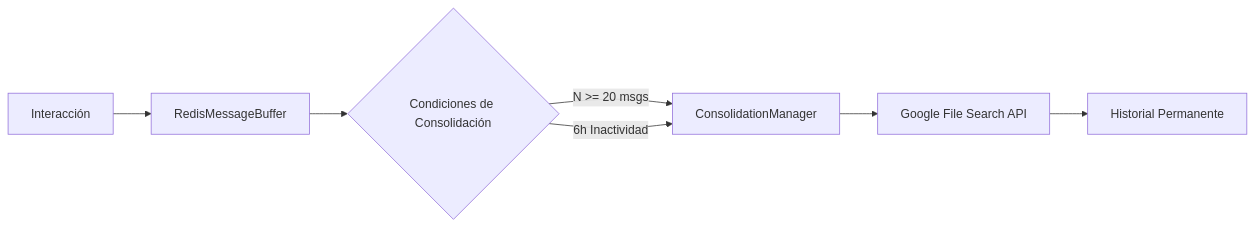
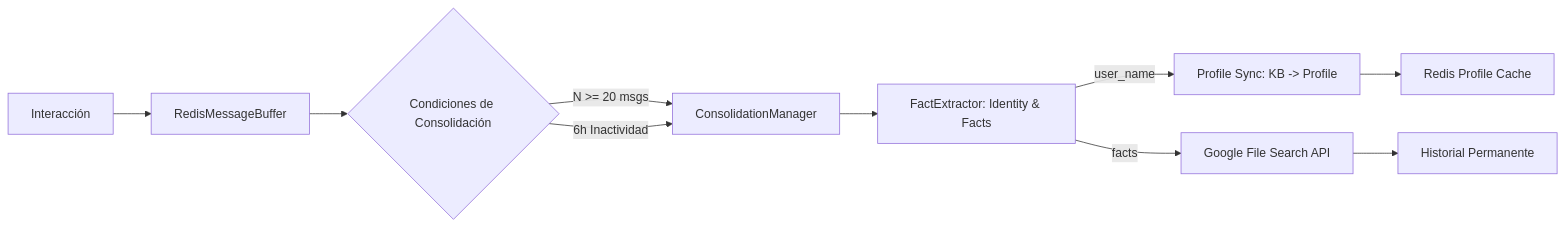
One commit to JhomC3/AEGEN changed the third of 4 diagrams in docs/TECHNICAL_ARCHITECTURE.md. Above: the diagram before and after it, drawn with Mermaid. The commit also changed other lines of this file and 1 other file, not shown here.

Commit message:
docs: add ADR-0019 and update technical architecture with structural identity flow

````diff
--- a/docs/TECHNICAL_ARCHITECTURE.md
+++ b/docs/TECHNICAL_ARCHITECTURE.md
@@ -318,9 +318,12 @@
 ```mermaid
 graph LR
     A[Interacción] --> B[RedisMessageBuffer]
     B --> C{Condiciones de Consolidación}
     C -->|N >= 20 msgs| D[ConsolidationManager]
     C -->|6h Inactividad| D
-    D --> E[Google File Search API]
-    E --> F[Historial Permanente]
+    D --> E[FactExtractor: Identity & Facts]
+    E -->|user_name| F[Profile Sync: KB -> Profile]
+    E -->|facts| G[Google File Search API]
+    G --> H[Historial Permanente]
+    F --> I[Redis Profile Cache]
 ```
````
